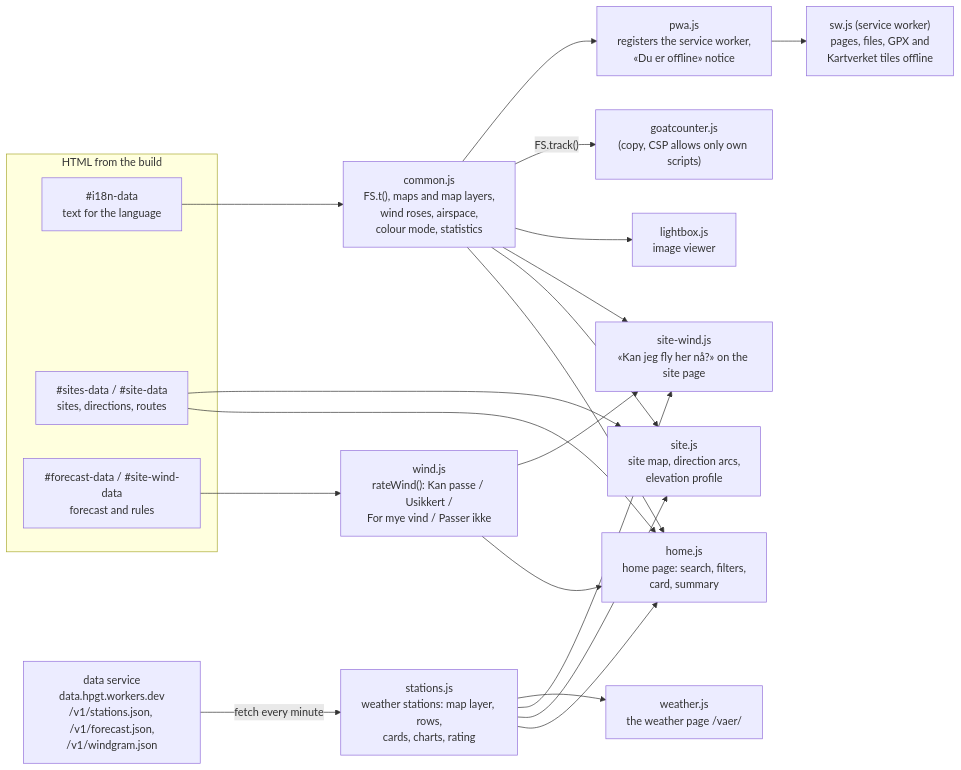
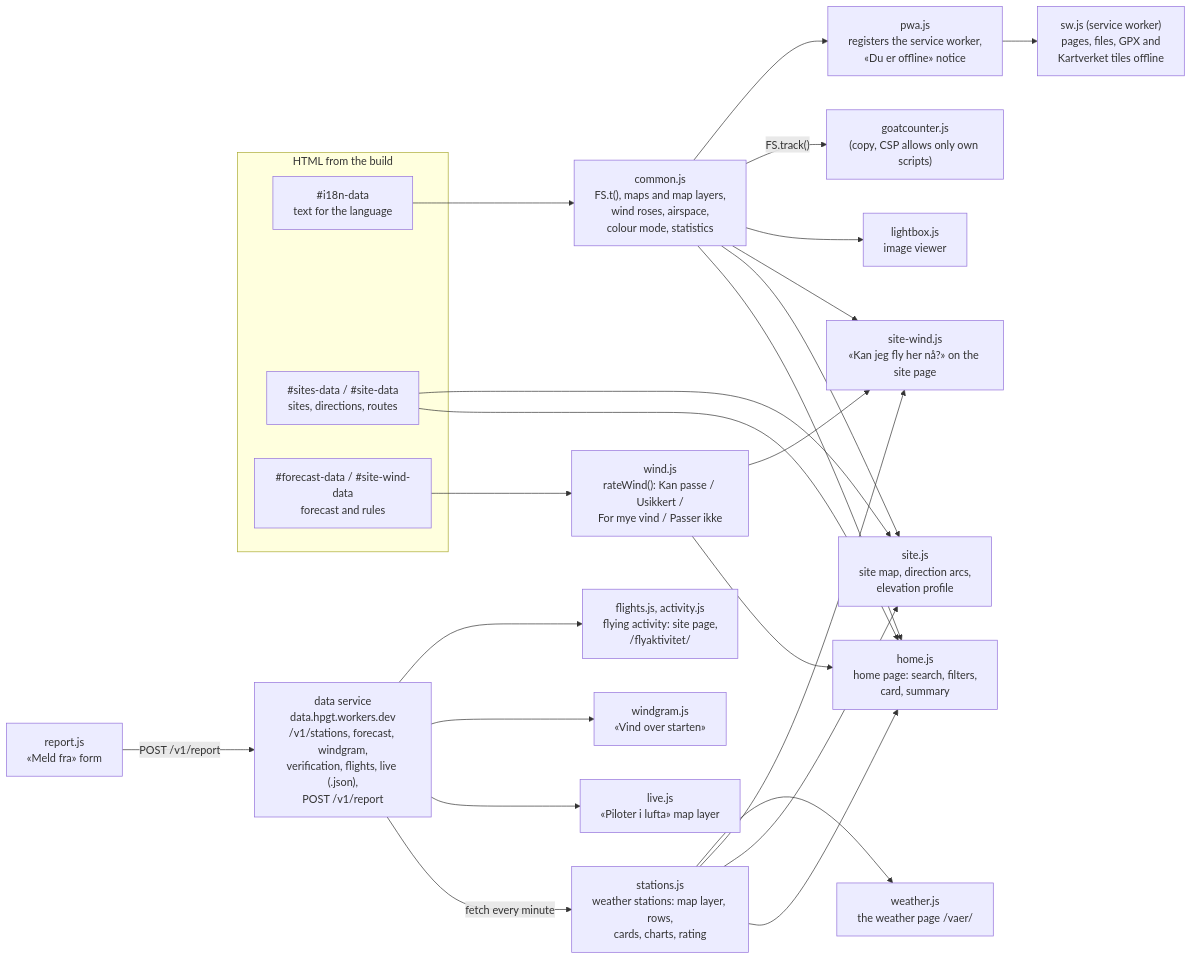
The third of 5 diagrams in docs/architecture.md (hpgt-com/flying-sites), drawn with Mermaid before and after one commit. The commit also changed other lines of this file and 9 other files, not shown here.

````diff
--- a/docs/architecture.md
+++ b/docs/architecture.md
@@ -117,29 +118,35 @@
 ```mermaid
 flowchart LR
   subgraph page["HTML from the build"]
     j1["#i18n-data<br/>text for the language"]
     j2["#sites-data / #site-data<br/>sites, directions, routes"]
     j3["#forecast-data / #site-wind-data<br/>forecast and rules"]
   end
 
   common["common.js<br/>FS.t(), maps and map layers,<br/>wind roses, airspace,<br/>colour mode, statistics"]
   wind["wind.js<br/>rateWind(): Kan passe / Usikkert /<br/>For mye vind / Passer ikke"]
   home["home.js<br/>home page: search, filters,<br/>card, summary"]
   site["site.js<br/>site map, direction arcs,<br/>elevation profile"]
   sitewind["site-wind.js<br/>«Kan jeg fly her nå?» on the site page"]
   stations["stations.js<br/>weather stations: map layer, rows,<br/>cards, charts, rating"]
   weather["weather.js<br/>the weather page /vaer/"]
-  data["data service<br/>data.hpgt.workers.dev<br/>/v1/stations.json, /v1/forecast.json,<br/>/v1/windgram.json"]
+  data["data service<br/>data.hpgt.workers.dev<br/>/v1/stations, forecast, windgram,<br/>verification, flights, live (.json),<br/>POST /v1/report"]
+  live["live.js<br/>«Piloter i lufta» map layer"]
+  windgram["windgram.js<br/>«Vind over starten»"]
+  flights["flights.js, activity.js<br/>flying activity: site page,<br/>/flyaktivitet/"]
+  report["report.js<br/>«Meld fra» form"]
   lightbox["lightbox.js<br/>image viewer"]
   goat["goatcounter.js<br/>(copy, CSP allows only own scripts)"]
   pwa["pwa.js<br/>registers the service worker,<br/>«Du er offline» notice"]
   sw["sw.js (service worker)<br/>pages, files, GPX and<br/>Kartverket tiles offline"]
 
   j1 --> common
   common --> home & site & sitewind & lightbox
   j2 --> home & site
   j3 --> wind --> home & sitewind
   data -- "fetch every minute" --> stations --> home & site & sitewind & weather
+  data --> live & windgram & flights
+  report -- "POST /v1/report" --> data
   common -- "FS.track()" --> goat
   common --> pwa --> sw
 ```
````
